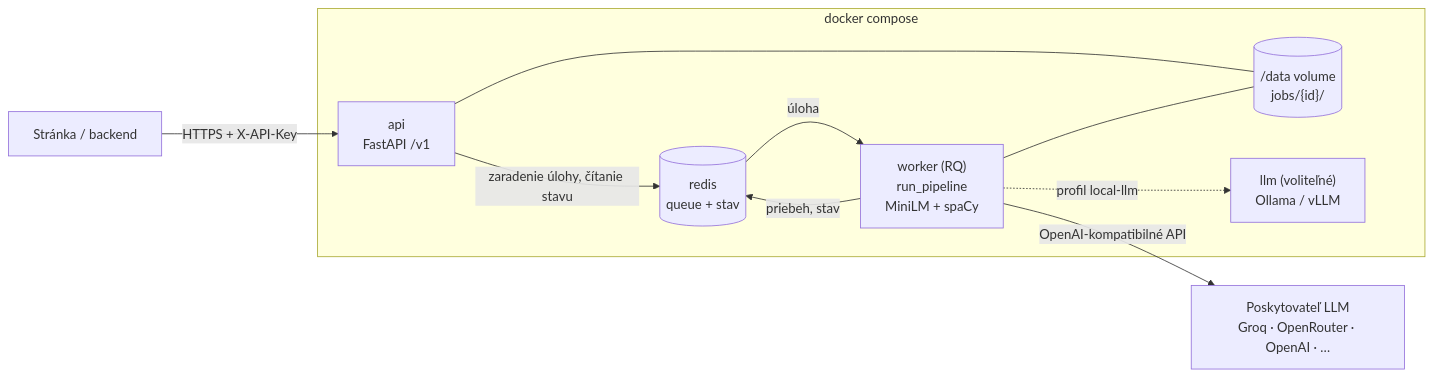
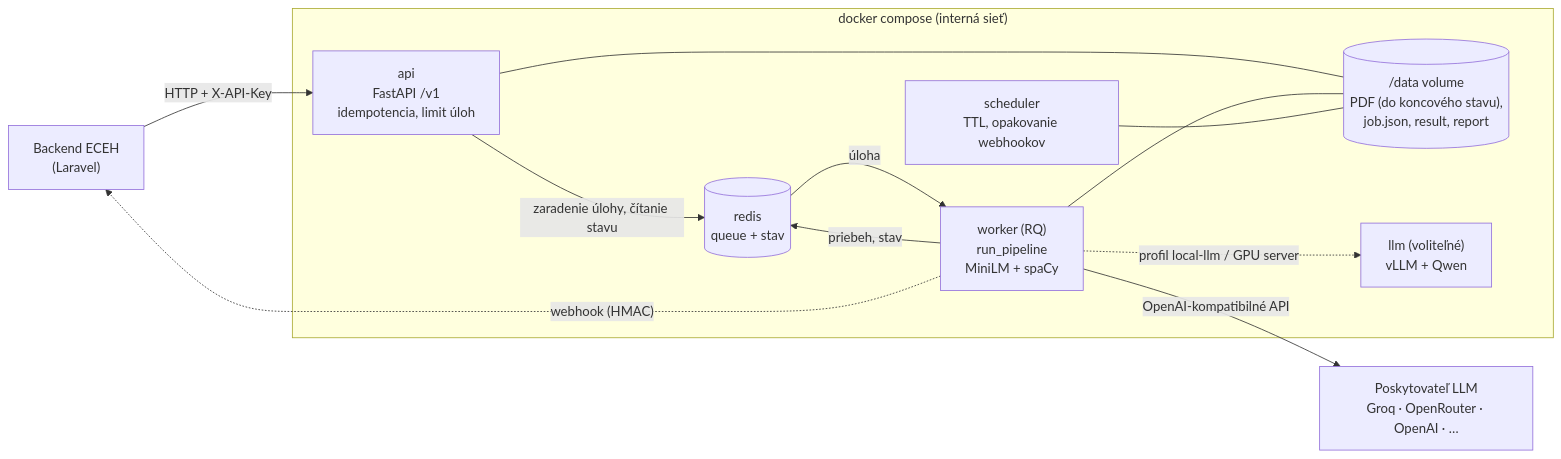
The second of 3 diagrams in docs/api-design.md (Matik080/LO-Generator), drawn with Mermaid before and after one commit. The commit also changed other lines of this file and 1 other file, not shown here.

````diff
--- a/docs/api-design.md
+++ b/docs/api-design.md
@@ -189,16 +218,18 @@
 ```mermaid
 flowchart LR
-    P["Stránka / backend"] -- "HTTPS + X-API-Key" --> API
+    P["Backend ECEH<br/>(Laravel)"] -- "HTTP + X-API-Key" --> API
 
-    subgraph SVC["docker compose"]
-        API["api<br/>FastAPI /v1"] -- "zaradenie úlohy, čítanie stavu" --> R[("redis<br/>queue + stav")]
+    subgraph SVC["docker compose (interná sieť)"]
+        API["api<br/>FastAPI /v1<br/>idempotencia, limit úloh"] -- "zaradenie úlohy, čítanie stavu" --> R[("redis<br/>queue + stav")]
         R -- "úloha" --> W["worker (RQ)<br/>run_pipeline<br/>MiniLM + spaCy"]
         W -- "priebeh, stav" --> R
-        API --- D[("/data volume<br/>jobs/{id}/")]
+        API --- D[("/data volume<br/>PDF (do koncového stavu),<br/>job.json, result, report")]
         W --- D
-        L["llm (voliteľné)<br/>Ollama / vLLM"]
+        S["scheduler<br/>TTL, opakovanie webhookov"] --- D
+        L["llm (voliteľné)<br/>vLLM + Qwen"]
     end
 
+    W -. "webhook (HMAC)" .-> P
     W -- "OpenAI-kompatibilné API" --> EXT["Poskytovateľ LLM<br/>Groq · OpenRouter · OpenAI · …"]
-    W -. "profil local-llm" .-> L
+    W -. "profil local-llm / GPU server" .-> L
 ```
````
